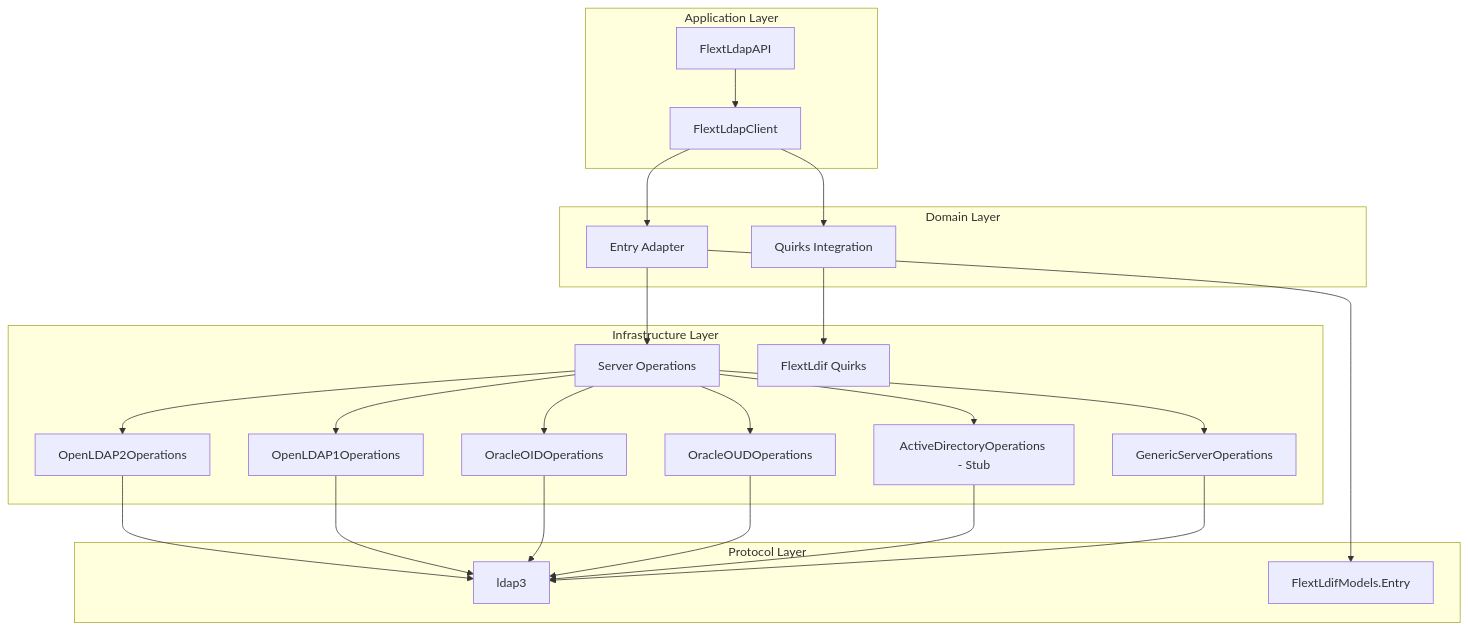
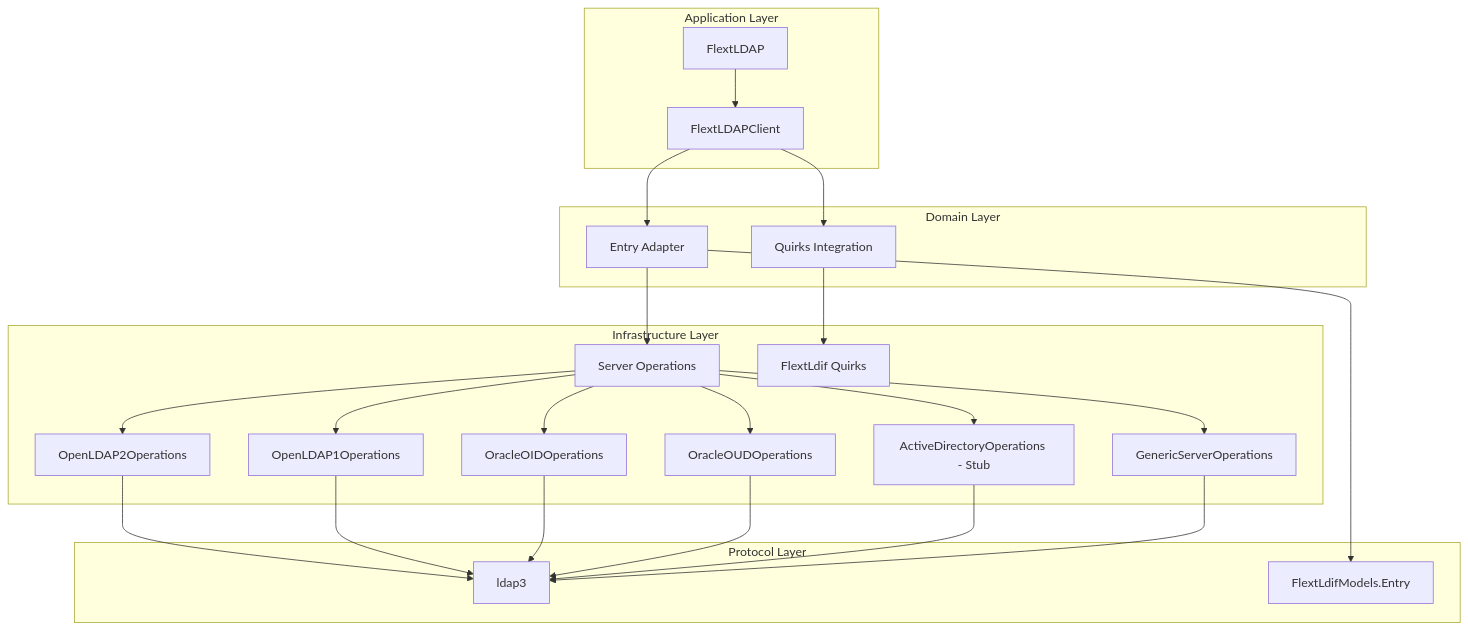
One commit to flext-sh/flext-ldap changed the diagram in README.md. Above: the diagram before and after it, drawn with Mermaid. The commit also changed other lines of this file and 141 other files, not shown here.

````diff
--- a/README.md
+++ b/README.md
@@ -56,32 +68,32 @@
 ```mermaid
 graph TB
     subgraph "Application Layer"
-        A[FlextLdapAPI] --> B[FlextLdapClient]
+        A[FlextLDAP] --> B[FlextLDAPClient]
     end
 
     subgraph "Domain Layer"
         B --> C[Entry Adapter]
         B --> D[Quirks Integration]
     end
 
     subgraph "Infrastructure Layer"
         C --> E[Server Operations]
         D --> F[FlextLdif Quirks]
         E --> G[OpenLDAP2Operations]
         E --> H[OpenLDAP1Operations]
         E --> I[OracleOIDOperations]
         E --> J[OracleOUDOperations]
         E --> K[ActiveDirectoryOperations - Stub]
         E --> L[GenericServerOperations]
     end
 
     subgraph "Protocol Layer"
         G --> M[ldap3]
         H --> M
         I --> M
         J --> M
         K --> M
         L --> M
         C --> N[FlextLdifModels.Entry]
     end
 ```
````
